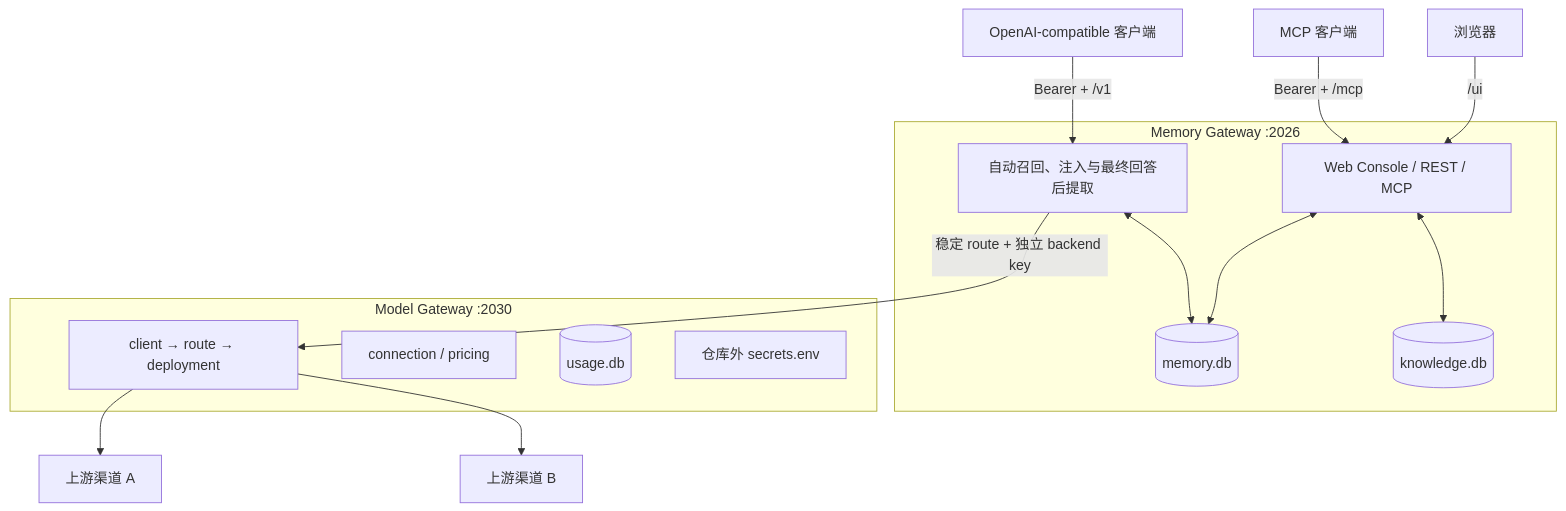
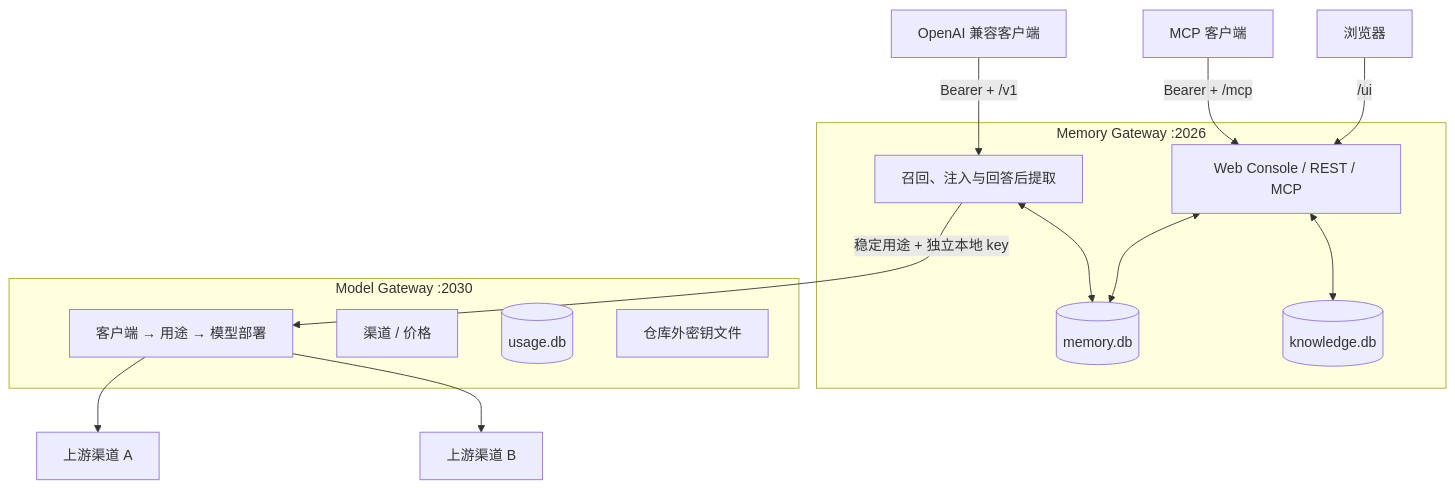
Before and after one commit to SparkHello/Memory_Platform: the diagram in README.md, drawn with Mermaid. The commit also changed other lines of this file and 6 other files, not shown here.

````diff
--- a/README.md
+++ b/README.md
@@ -114,28 +230,28 @@
 ```mermaid
 flowchart TB
-    Client["OpenAI-compatible 客户端"] -->|"Bearer + /v1"| Chat
+    Client["OpenAI 兼容客户端"] -->|"Bearer + /v1"| Chat
     MCPClient["MCP 客户端"] -->|"Bearer + /mcp"| Console
     Browser["浏览器"] -->|"/ui"| Console
 
     subgraph Memory["Memory Gateway :2026"]
-        Chat["自动召回、注入与最终回答后提取"]
+        Chat["召回、注入与回答后提取"]
         MemoryDB[("memory.db")]
         Knowledge[("knowledge.db")]
         Console["Web Console / REST / MCP"]
     end
 
     Chat <--> MemoryDB
     Console <--> MemoryDB
     Console <--> Knowledge
-    Chat -->|"稳定 route + 独立 backend key"| Route
+    Chat -->|"稳定用途 + 独立本地 key"| Route
 
     subgraph Model["Model Gateway :2030"]
-        Route["client → route → deployment"]
-        Config["connection / pricing"]
+        Route["客户端 → 用途 → 模型部署"]
+        Config["渠道 / 价格"]
         Usage[("usage.db")]
-        Secrets["仓库外 secrets.env"]
+        Secrets["仓库外密钥文件"]
     end
 
     Route --> ProviderA["上游渠道 A"]
     Route --> ProviderB["上游渠道 B"]
 ```
````
